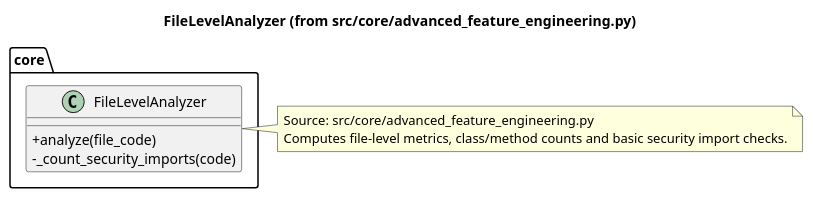
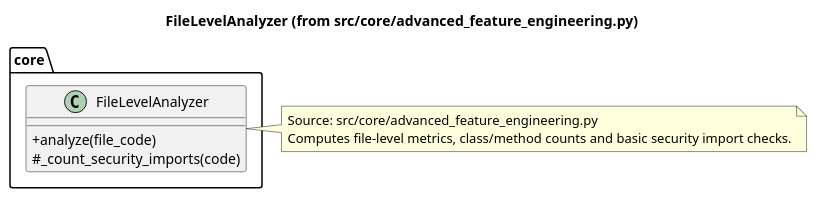
Before and after one commit to scweeks/bean_vulnerable: the diagram in docs/UML/Source/core/advanced_feature_engineering-FileLevelAnalyzer.puml, drawn with PlantUML. The commit also changed 5 other files, not shown here.

```diff
--- a/docs/UML/Source/core/advanced_feature_engineering-FileLevelAnalyzer.puml
+++ b/docs/UML/Source/core/advanced_feature_engineering-FileLevelAnalyzer.puml
@@ -1,14 +1,14 @@
 @startuml FileLevelAnalyzer
 title FileLevelAnalyzer (from src/core/advanced_feature_engineering.py)
 skinparam classAttributeIconSize 0
 package core {
   class FileLevelAnalyzer {
     + analyze(file_code)
-    - _count_security_imports(code)
+    # _count_security_imports(code)
   }
 }
 note right of FileLevelAnalyzer
 Source: src/core/advanced_feature_engineering.py
 Computes file-level metrics, class/method counts and basic security import checks.
 end note
 @enduml
```
